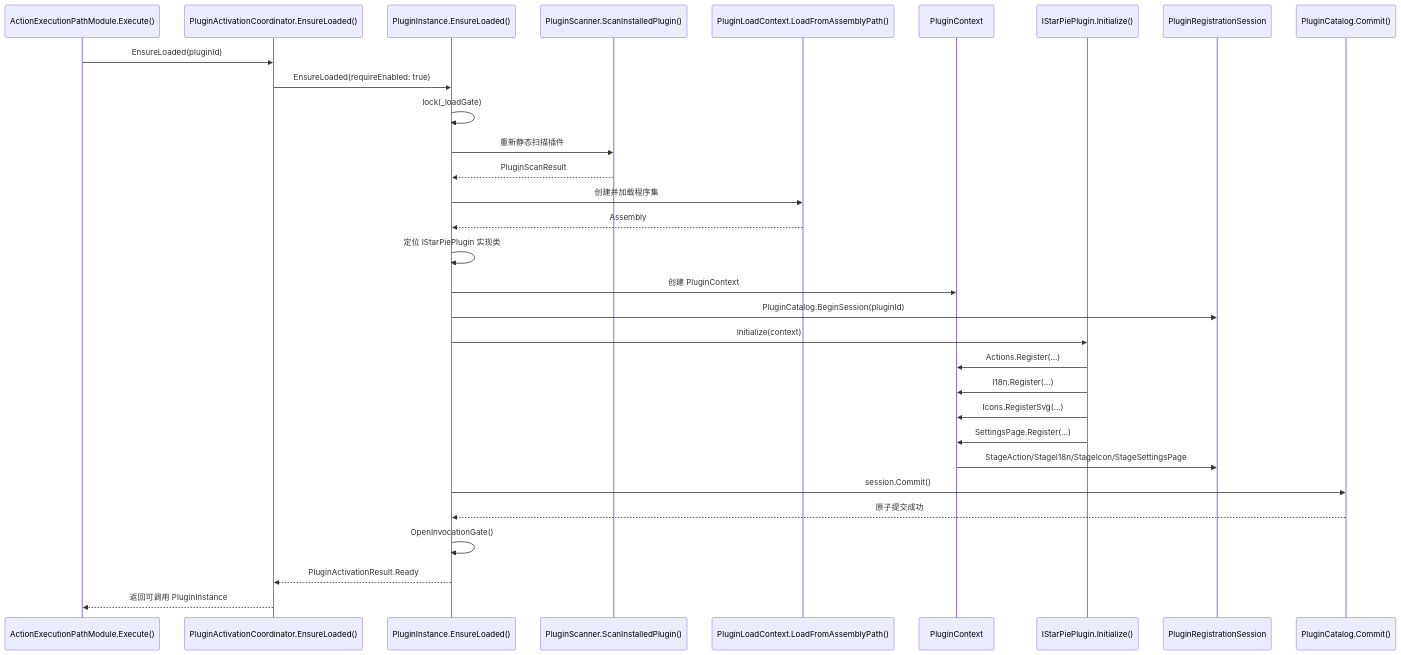
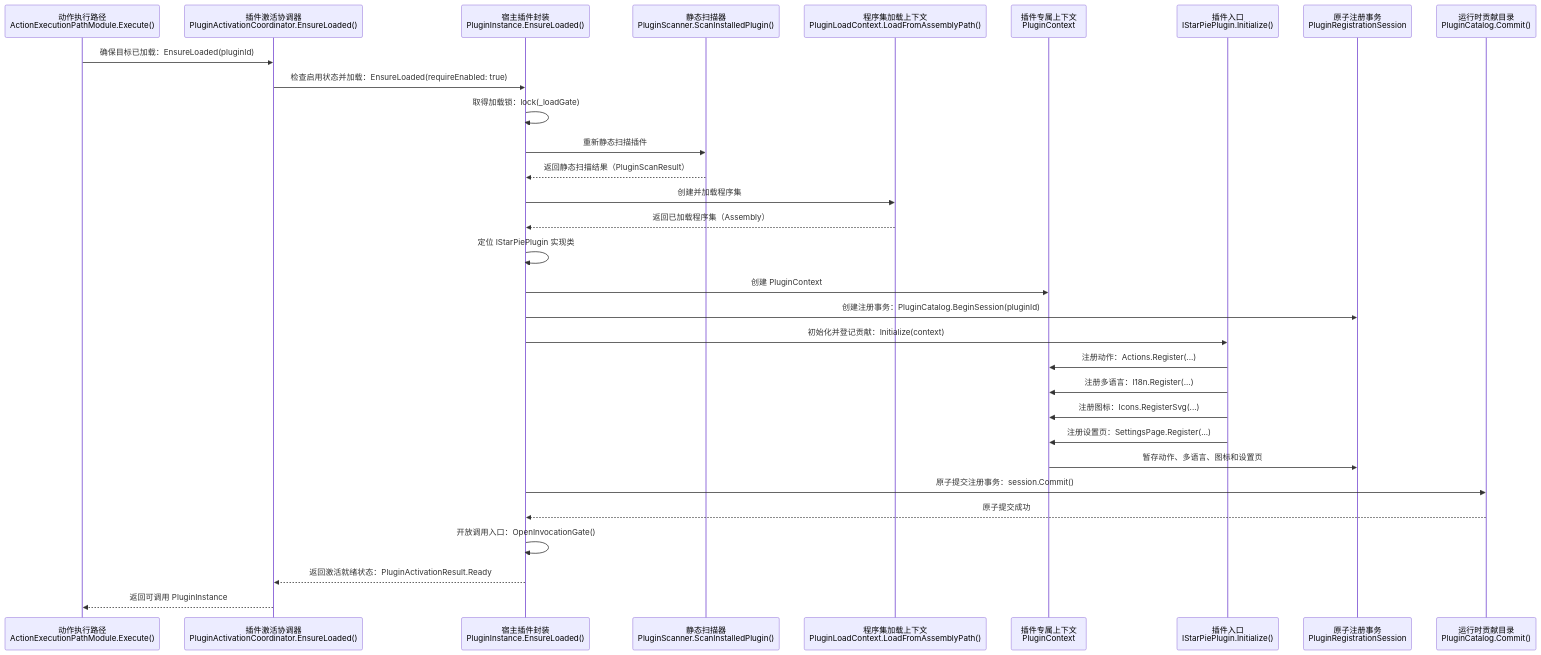
Before and after one commit to Masskii/StarPie: the fifth of 19 diagrams in plugin/docs/plugin-system-architecture-map.md, drawn with Mermaid. The commit also changed other lines of this file and 6 other files, not shown here.

````diff
--- a/plugin/docs/plugin-system-architecture-map.md
+++ b/plugin/docs/plugin-system-architecture-map.md
@@ -432,34 +480,34 @@
 ```mermaid
 sequenceDiagram
-    participant PATH as ActionExecutionPathModule.Execute()
-    participant ACT as PluginActivationCoordinator.EnsureLoaded()
-    participant INS as PluginInstance.EnsureLoaded()
-    participant SCAN as PluginScanner.ScanInstalledPlugin()
-    participant ALC as PluginLoadContext.LoadFromAssemblyPath()
-    participant CTX as PluginContext
-    participant ENTRY as IStarPiePlugin.Initialize()
-    participant SESSION as PluginRegistrationSession
-    participant CATALOG as PluginCatalog.Commit()
+    participant PATH as 动作执行路径<br/>ActionExecutionPathModule.Execute()
+    participant ACT as 插件激活协调器<br/>PluginActivationCoordinator.EnsureLoaded()
+    participant INS as 宿主插件封装<br/>PluginInstance.EnsureLoaded()
+    participant SCAN as 静态扫描器<br/>PluginScanner.ScanInstalledPlugin()
+    participant ALC as 程序集加载上下文<br/>PluginLoadContext.LoadFromAssemblyPath()
+    participant CTX as 插件专属上下文<br/>PluginContext
+    participant ENTRY as 插件入口<br/>IStarPiePlugin.Initialize()
+    participant SESSION as 原子注册事务<br/>PluginRegistrationSession
+    participant CATALOG as 运行时贡献目录<br/>PluginCatalog.Commit()
 
-    PATH->>ACT: EnsureLoaded(pluginId)
-    ACT->>INS: EnsureLoaded(requireEnabled: true)
-    INS->>INS: lock(_loadGate)
+    PATH->>ACT: 确保目标已加载：EnsureLoaded(pluginId)
+    ACT->>INS: 检查启用状态并加载：EnsureLoaded(requireEnabled: true)
+    INS->>INS: 取得加载锁：lock(_loadGate)
     INS->>SCAN: 重新静态扫描插件
-    SCAN-->>INS: PluginScanResult
+    SCAN-->>INS: 返回静态扫描结果（PluginScanResult）
     INS->>ALC: 创建并加载程序集
-    ALC-->>INS: Assembly
+    ALC-->>INS: 返回已加载程序集（Assembly）
     INS->>INS: 定位 IStarPiePlugin 实现类
     INS->>CTX: 创建 PluginContext
-    INS->>SESSION: PluginCatalog.BeginSession(pluginId)
-    INS->>ENTRY: Initialize(context)
-    ENTRY->>CTX: Actions.Register(...)
-    ENTRY->>CTX: I18n.Register(...)
-    ENTRY->>CTX: Icons.RegisterSvg(...)
-    ENTRY->>CTX: SettingsPage.Register(...)
-    CTX->>SESSION: StageAction/StageI18n/StageIcon/StageSettingsPage
-    INS->>CATALOG: session.Commit()
+    INS->>SESSION: 创建注册事务：PluginCatalog.BeginSession(pluginId)
+    INS->>ENTRY: 初始化并登记贡献：Initialize(context)
+    ENTRY->>CTX: 注册动作：Actions.Register(...)
+    ENTRY->>CTX: 注册多语言：I18n.Register(...)
+    ENTRY->>CTX: 注册图标：Icons.RegisterSvg(...)
+    ENTRY->>CTX: 注册设置页：SettingsPage.Register(...)
+    CTX->>SESSION: 暂存动作、多语言、图标和设置页
+    INS->>CATALOG: 原子提交注册事务：session.Commit()
     CATALOG-->>INS: 原子提交成功
-    INS->>INS: OpenInvocationGate()
-    INS-->>ACT: PluginActivationResult.Ready
+    INS->>INS: 开放调用入口：OpenInvocationGate()
+    INS-->>ACT: 返回激活就绪状态：PluginActivationResult.Ready
     ACT-->>PATH: 返回可调用 PluginInstance
 ```
````
